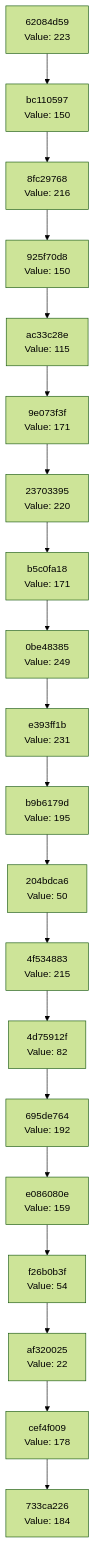
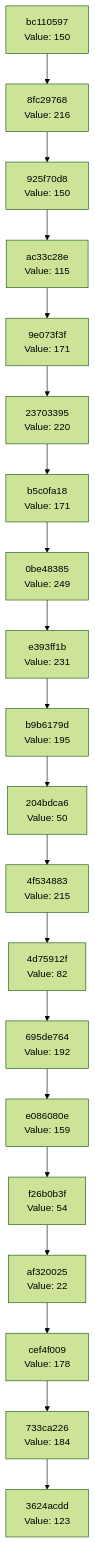
Before and after one commit to Abhisheksinha1506/hash-chain-evolver: the diagram in docs/CHAIN_VISUALIZATION.md, drawn with Mermaid (forest theme). The commit also changed 2 other files, not shown here.

Commit message:
Evolution step: hash 0x7B → action executed

````diff
--- a/docs/CHAIN_VISUALIZATION.md
+++ b/docs/CHAIN_VISUALIZATION.md
@@ -3,42 +3,42 @@
 ```mermaid
 graph TD
-    C0["733ca226<br/>Value: 184"]
-    C1["cef4f009<br/>Value: 178"]
+    C0["3624acdd<br/>Value: 123"]
+    C1["733ca226<br/>Value: 184"]
     C1 --> C0
-    C2["af320025<br/>Value: 22"]
+    C2["cef4f009<br/>Value: 178"]
     C2 --> C1
-    C3["f26b0b3f<br/>Value: 54"]
+    C3["af320025<br/>Value: 22"]
     C3 --> C2
-    C4["e086080e<br/>Value: 159"]
+    C4["f26b0b3f<br/>Value: 54"]
     C4 --> C3
-    C5["695de764<br/>Value: 192"]
+    C5["e086080e<br/>Value: 159"]
     C5 --> C4
-    C6["4d75912f<br/>Value: 82"]
+    C6["695de764<br/>Value: 192"]
     C6 --> C5
-    C7["4f534883<br/>Value: 215"]
+    C7["4d75912f<br/>Value: 82"]
     C7 --> C6
-    C8["204bdca6<br/>Value: 50"]
+    C8["4f534883<br/>Value: 215"]
     C8 --> C7
-    C9["b9b6179d<br/>Value: 195"]
+    C9["204bdca6<br/>Value: 50"]
     C9 --> C8
-    C10["e393ff1b<br/>Value: 231"]
+    C10["b9b6179d<br/>Value: 195"]
     C10 --> C9
-    C11["0be48385<br/>Value: 249"]
+    C11["e393ff1b<br/>Value: 231"]
     C11 --> C10
-    C12["b5c0fa18<br/>Value: 171"]
+    C12["0be48385<br/>Value: 249"]
     C12 --> C11
-    C13["23703395<br/>Value: 220"]
+    C13["b5c0fa18<br/>Value: 171"]
     C13 --> C12
-    C14["9e073f3f<br/>Value: 171"]
+    C14["23703395<br/>Value: 220"]
     C14 --> C13
-    C15["ac33c28e<br/>Value: 115"]
+    C15["9e073f3f<br/>Value: 171"]
     C15 --> C14
-    C16["925f70d8<br/>Value: 150"]
+    C16["ac33c28e<br/>Value: 115"]
     C16 --> C15
-    C17["8fc29768<br/>Value: 216"]
+    C17["925f70d8<br/>Value: 150"]
     C17 --> C16
-    C18["bc110597<br/>Value: 150"]
+    C18["8fc29768<br/>Value: 216"]
     C18 --> C17
-    C19["62084d59<br/>Value: 223"]
+    C19["bc110597<br/>Value: 150"]
     C19 --> C18
 ```
````
